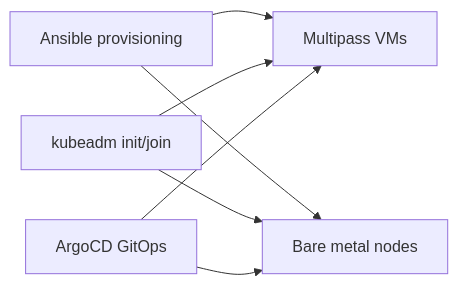
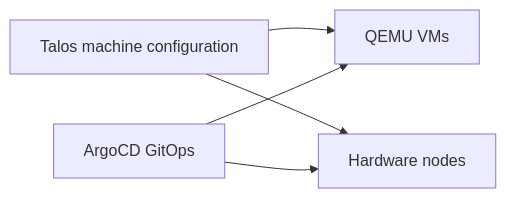
Before and after one commit to nsudhanva/homelab: the first of 2 diagrams in docs/src/content/docs/explanation/local-vs-baremetal.md, drawn with Mermaid. The commit also changed other lines of this file and 80 other files, not shown here.

````diff
--- a/docs/src/content/docs/explanation/local-vs-baremetal.md
+++ b/docs/src/content/docs/explanation/local-vs-baremetal.md
@@ -20,9 +20,7 @@
 ```mermaid
 flowchart LR
-  Ansible["Ansible provisioning"] --> Local["Multipass VMs"]
-  Ansible --> Bare["Bare metal nodes"]
-  Kubeadm["kubeadm init/join"] --> Local
-  Kubeadm --> Bare
+  TalosConfig["Talos machine configuration"] --> Local["QEMU VMs"]
+  TalosConfig --> Bare["Hardware nodes"]
   GitOps["ArgoCD GitOps"] --> Local
   GitOps --> Bare
 ```
````
